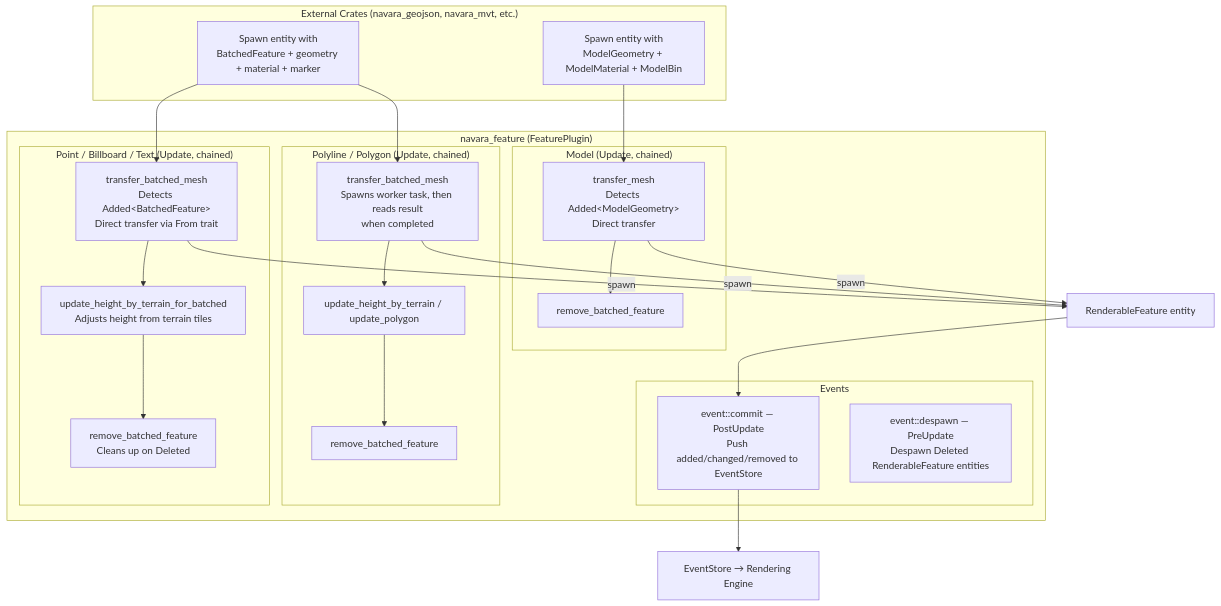
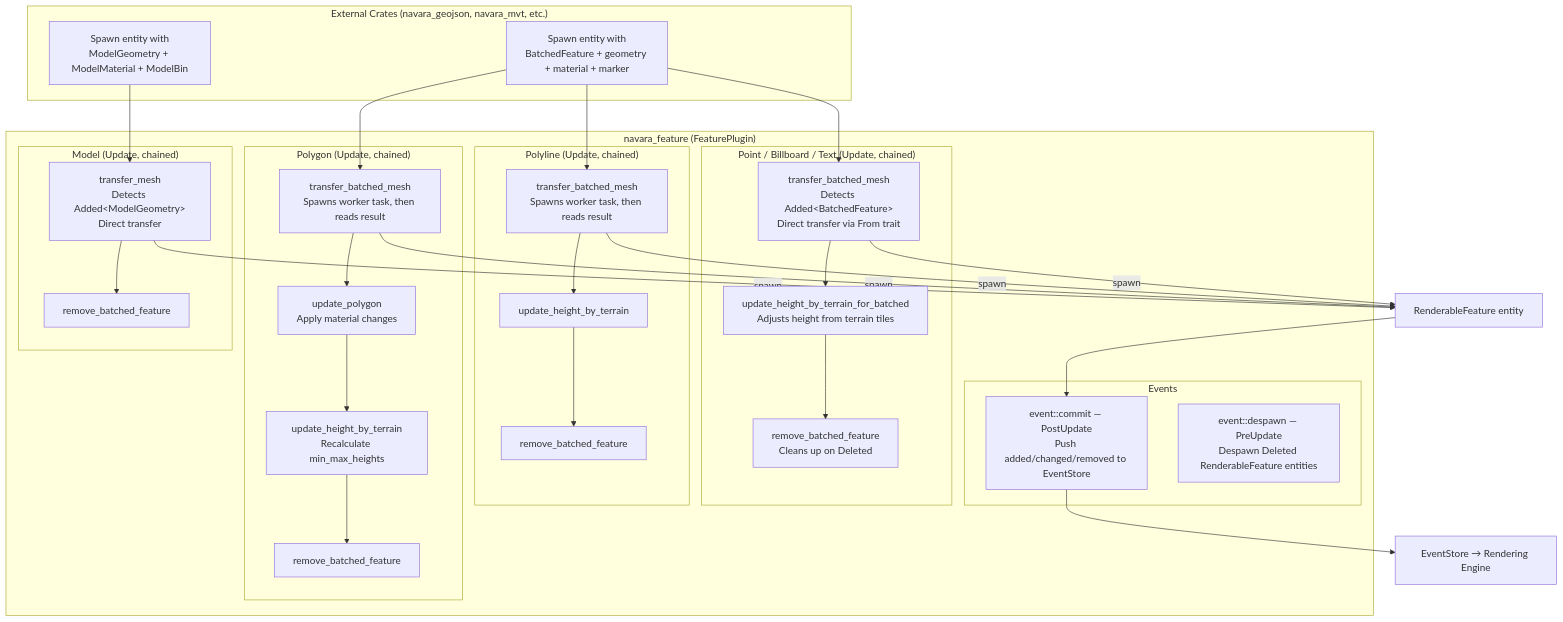
Before and after one commit to reearth/navara: the first of 2 diagrams in crates/navara_feature/README.md, drawn with Mermaid. The commit also changed other lines of this file, not shown here.

````diff
--- a/crates/navara_feature/README.md
+++ b/crates/navara_feature/README.md
@@ -7,42 +7,51 @@
 ```mermaid
 graph TB
     subgraph "External Crates (navara_geojson, navara_mvt, etc.)"
         EXT[Spawn entity with<br/>BatchedFeature + geometry + material + marker]
         EXT_MODEL[Spawn entity with<br/>ModelGeometry + ModelMaterial + ModelBin]
     end
 
     subgraph "navara_feature (FeaturePlugin)"
         subgraph "Point / Billboard / Text (Update, chained)"
             T1["transfer_batched_mesh<br/>Detects Added&lt;BatchedFeature&gt;<br/>Direct transfer via From trait"]
             U1[update_height_by_terrain_for_batched<br/>Adjusts height from terrain tiles]
             R1[remove_batched_feature<br/>Cleans up on Deleted]
             T1 --> U1 --> R1
         end
-        subgraph "Polyline / Polygon (Update, chained)"
-            T2["transfer_batched_mesh<br/>Spawns worker task, then reads result<br/>when completed"]
-            U2["update_height_by_terrain / update_polygon"]
+        subgraph "Polyline (Update, chained)"
+            T2["transfer_batched_mesh<br/>Spawns worker task, then reads result"]
+            U2[update_height_by_terrain]
             R2[remove_batched_feature]
             T2 --> U2 --> R2
+        end
+        subgraph "Polygon (Update, chained)"
+            T4["transfer_batched_mesh<br/>Spawns worker task, then reads result"]
+            UP[update_polygon<br/>Apply material changes]
+            U4[update_height_by_terrain<br/>Recalculate min_max_heights]
+            R4[remove_batched_feature]
+            T4 --> UP --> U4 --> R4
         end
         subgraph "Model (Update, chained)"
             T3["transfer_mesh<br/>Detects Added&lt;ModelGeometry&gt;<br/>Direct transfer"]
             R3[remove_batched_feature]
             T3 --> R3
         end
         subgraph "Events"
             C[event::commit — PostUpdate<br/>Push added/changed/removed to EventStore]
             D[event::despawn — PreUpdate<br/>Despawn Deleted RenderableFeature entities]
         end
     end
 
     RF[RenderableFeature entity]
     ES[EventStore → Rendering Engine]
 
     EXT --> T1
     EXT --> T2
+    EXT --> T4
     EXT_MODEL --> T3
     T1 -->|spawn| RF
     T2 -->|spawn| RF
+    T4 -->|spawn| RF
     T3 -->|spawn| RF
     RF --> C --> ES
 ```
````
